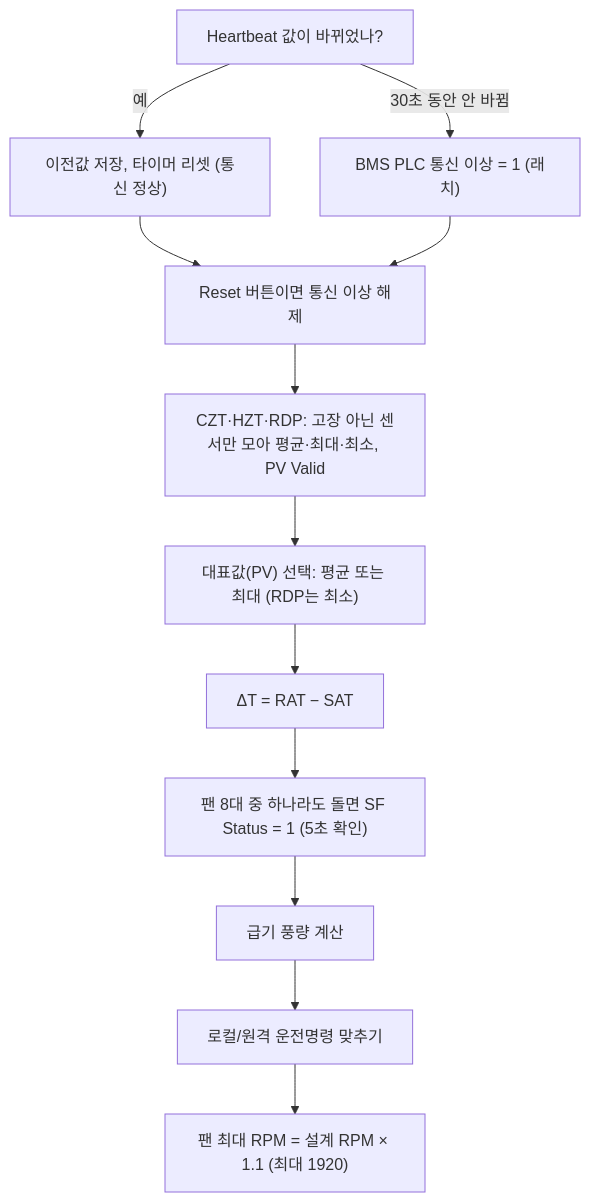
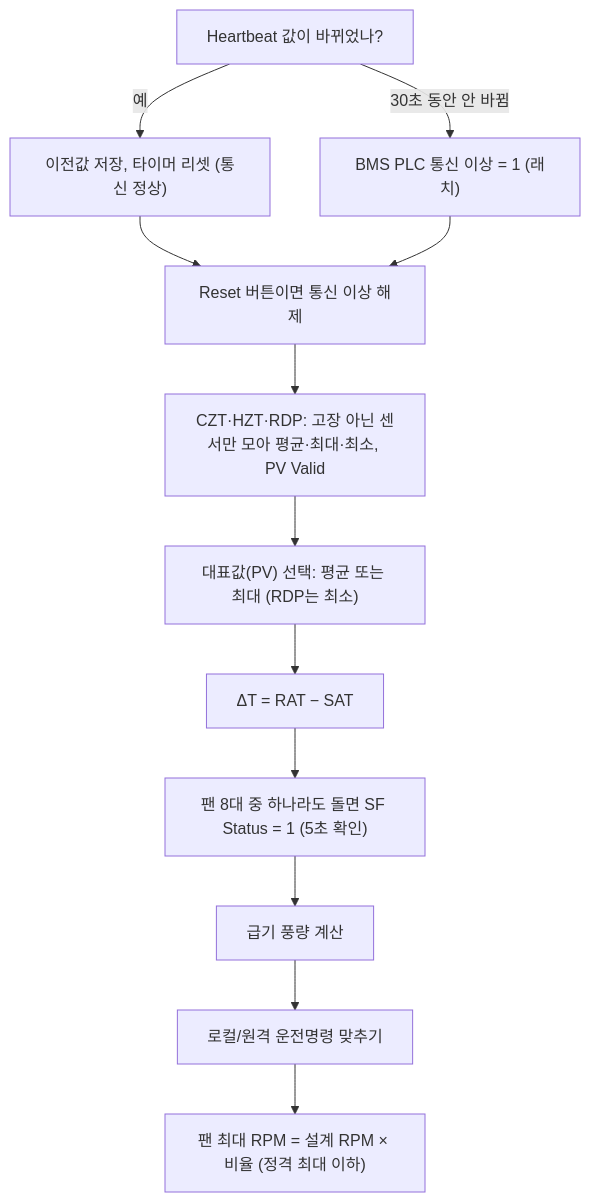
Before and after one commit to joo001121-create/FWU-logic: the fourth of 12 diagrams in FWU_Logic_초보자_설명서.md, drawn with Mermaid. The commit also changed other lines of this file and 7 other files, not shown here.

````diff
--- a/FWU_Logic_초보자_설명서.md
+++ b/FWU_Logic_초보자_설명서.md
@@ -175,13 +191,13 @@
 ```mermaid
 flowchart TD
     A["Heartbeat 값이 바뀌었나?"] -->|"예"| A1["이전값 저장, 타이머 리셋 (통신 정상)"]
     A -->|"30초 동안 안 바뀜"| A2["BMS PLC 통신 이상 = 1 (래치)"]
     A1 & A2 --> B["Reset 버튼이면 통신 이상 해제"]
     B --> C["CZT·HZT·RDP: 고장 아닌 센서만 모아 평균·최대·최소, PV Valid"]
     C --> D["대표값(PV) 선택: 평균 또는 최대 (RDP는 최소)"]
     D --> F["ΔT = RAT − SAT"]
     F --> G["팬 8대 중 하나라도 돌면 SF Status = 1 (5초 확인)"]
     G --> H["급기 풍량 계산"]
     H --> I["로컬/원격 운전명령 맞추기"]
-    I --> J["팬 최대 RPM = 설계 RPM × 1.1 (최대 1920)"]
+    I --> J["팬 최대 RPM = 설계 RPM × 비율 (정격 최대 이하)"]
 ```
````
